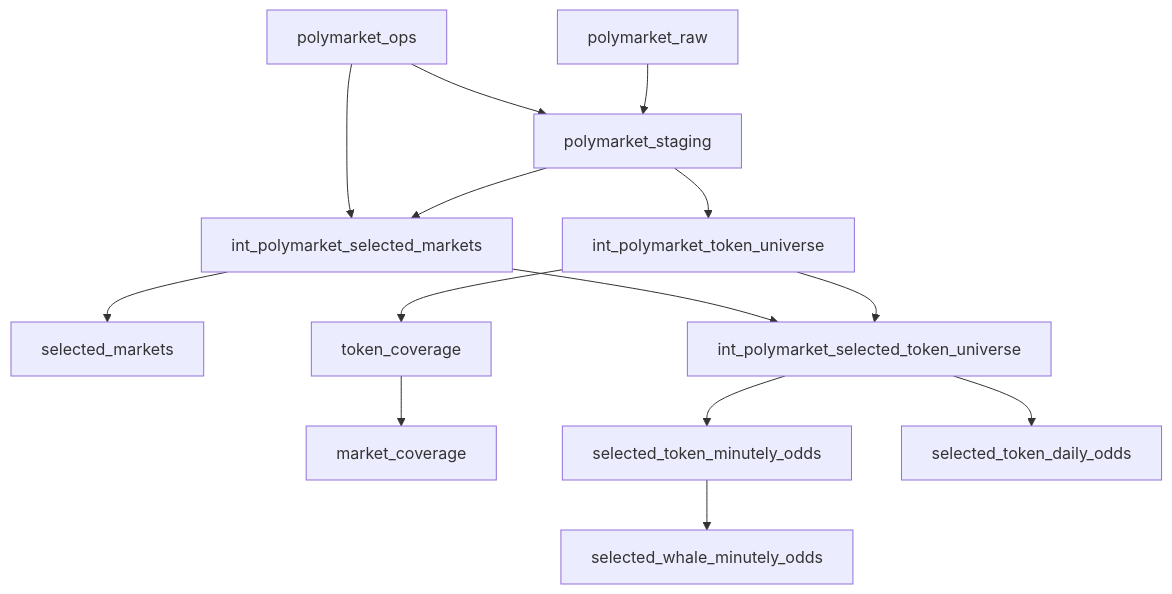
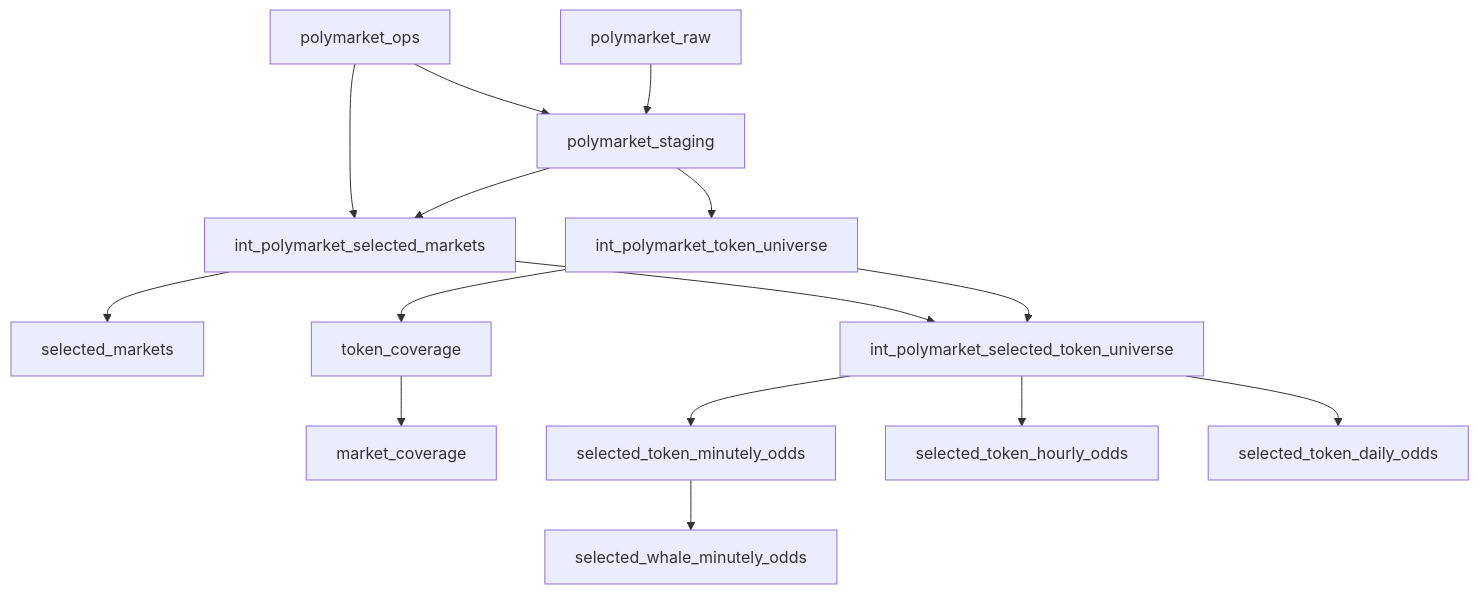
The second of 2 diagrams in docs/architecture.md (hypertrial/oddsfox-pipeline), drawn with Mermaid before and after one commit. The commit also changed other lines of this file and 29 other files, not shown here.

Commit message:
Add hourly odds job and mart

````diff
--- a/docs/architecture.md
+++ b/docs/architecture.md
@@ -45,16 +45,17 @@
 ```mermaid
 flowchart TD
     raw["polymarket_raw"] --> staging["polymarket_staging"]
     ops["polymarket_ops"] --> staging
     staging --> token_universe["int_polymarket_token_universe"]
     staging --> selected_markets_int["int_polymarket_selected_markets"]
     ops --> selected_markets_int
     selected_markets_int --> selected_markets["selected_markets"]
     token_universe --> selected_tokens["int_polymarket_selected_token_universe"]
     selected_markets_int --> selected_tokens
     token_universe --> coverage["token_coverage"]
     coverage --> market_coverage["market_coverage"]
     selected_tokens --> minutely["selected_token_minutely_odds"]
+    selected_tokens --> hourly["selected_token_hourly_odds"]
     selected_tokens --> daily["selected_token_daily_odds"]
     minutely --> whale["selected_whale_minutely_odds"]
 ```
````
